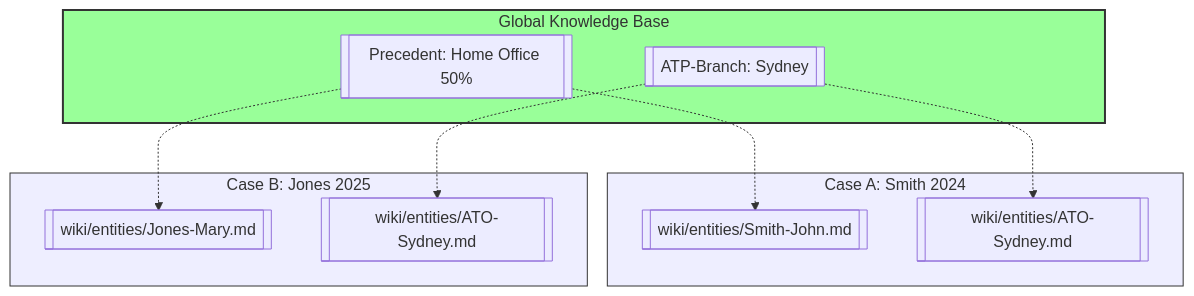
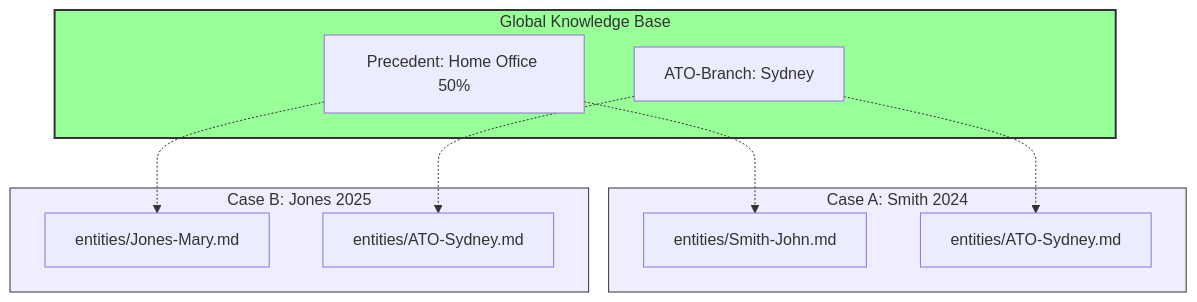
One commit to anguyenbus/ragflowdemo changed diagram 18 of 23 in docs/casewiki-rationale.md. Above: the diagram before and after it, drawn with Mermaid. The commit also changed other lines of this file, not shown here.

````diff
--- a/docs/casewiki-rationale.md
+++ b/docs/casewiki-rationale.md
@@ -506,23 +555,23 @@
 ```mermaid
 graph TD
     subgraph Case_A["Case A: Smith 2024"]
-        A1[[wiki/entities/Smith-John.md]]
-        A2[[wiki/entities/ATO-Sydney.md]]
+        A1[entities/Smith-John.md]
+        A2[entities/ATO-Sydney.md]
     end
 
     subgraph Case_B["Case B: Jones 2025"]
-        B1[[wiki/entities/Jones-Mary.md]]
-        B2[[wiki/entities/ATO-Sydney.md]]
+        B1[entities/Jones-Mary.md]
+        B2[entities/ATO-Sydney.md]
     end
 
     subgraph Global["Global Knowledge Base"]
-        G1[[ATP-Branch: Sydney]] -.-> A2
+        G1[ATO-Branch: Sydney] -.-> A2
         G1 -.-> B2
-        G2[[Precedent: Home Office 50%]] -.-> A1
+        G2[Precedent: Home Office 50%] -.-> A1
         G2 -.-> B1
     end
 
     style Global fill:#9f9,stroke:#333,stroke-width:2px
     style Case_A fill:#eef,stroke:#333
     style Case_B fill:#eef,stroke:#333
 ```
````
